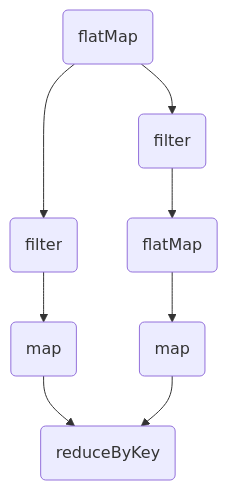
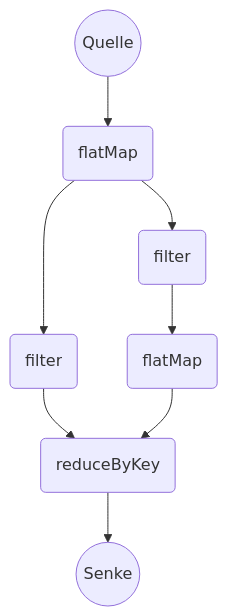
Before and after one commit to patmanteau/mbb-bdia-flinkspark: the first of 2 diagrams in index.qmd, drawn with Mermaid. The commit also changed other lines of this file and 8 other files, not shown here.

````diff
--- a/index.qmd
+++ b/index.qmd
@@ -50,5 +105,6 @@
 ```{mermaid}
+%%{init: {'theme': 'default', 'themeVariables': { 'fontFamily': 'Ubuntu Mono'}}}%%
 flowchart TD
-    id1(flatMap) --> id6(filter) --> id2(map) --> id3(reduceByKey)
-    id1 --> id4(filter) --> id99(flatMap) --> id5(map) --> id3
+    id198((Quelle)) --> id1(flatMap) --> id6(filter) --> id3(reduceByKey) --> id199((Senke))
+    id1 --> id4(filter) --> id99(flatMap) --> id3
 ```
````
